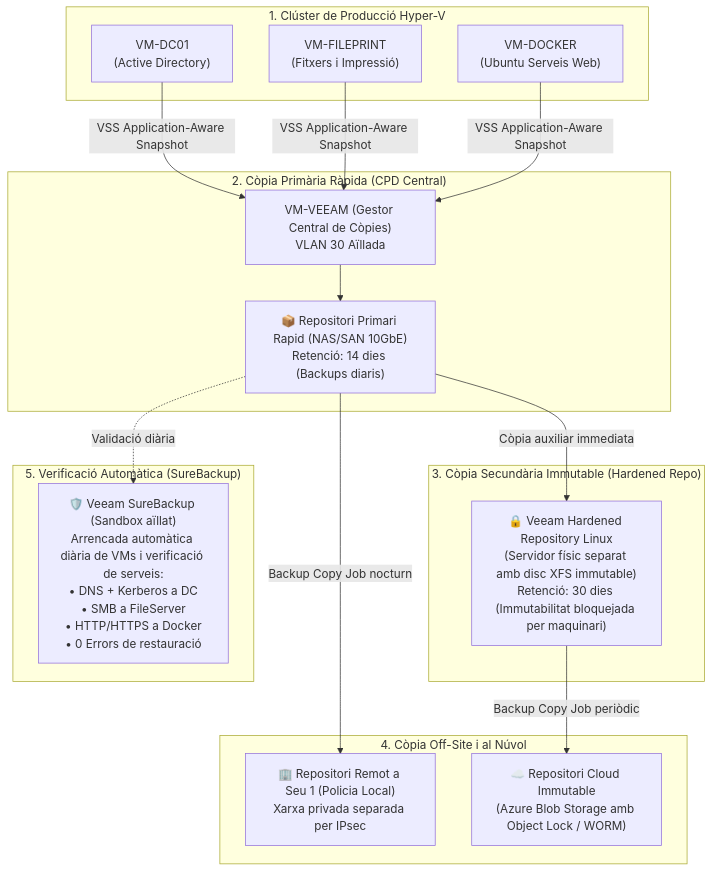
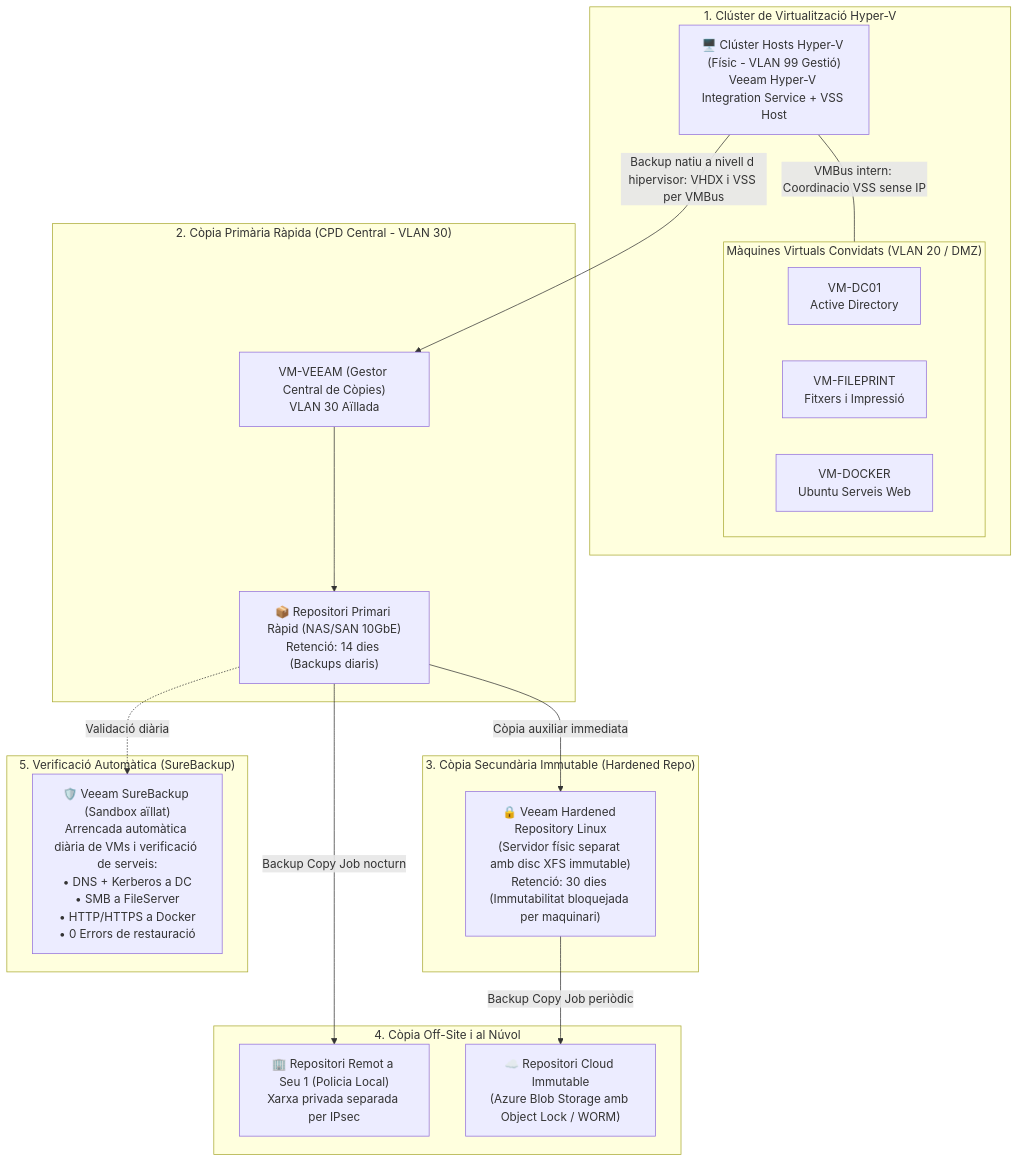
One commit to oriolmapu/opo changed the seventh of 9 diagrams in recursos/casos_practics/04_arquitectura_xarxa_segura_i_copies_seguretat_ens.md. Above: the diagram before and after it, drawn with Mermaid. The commit also changed other lines of this file, not shown here.

Commit message:
docs: alinear Veeam a backup natiu Hyper-V a nivell d'hipervisor i actualitzar diagrama

````diff
--- a/recursos/casos_practics/04_arquitectura_xarxa_segura_i_copies_seguretat_ens.md
+++ b/recursos/casos_practics/04_arquitectura_xarxa_segura_i_copies_seguretat_ens.md
@@ -663,33 +670,37 @@
 ```mermaid
 flowchart TD
-    subgraph PRODUCCIO["1. Clúster de Producció Hyper-V"]
-        VM1["VM-DC01<br/>(Active Directory)"]
-        VM2["VM-FILEPRINT<br/>(Fitxers i Impressió)"]
-        VM3["VM-DOCKER<br/>(Ubuntu Serveis Web)"]
+    subgraph PRODUCCIO["1. Clúster de Virtualització Hyper-V"]
+        HOSTS_HYPERV["🖥️ Clúster Hosts Hyper-V (Físic - VLAN 99 Gestió)<br/>Veeam Hyper-V Integration Service + VSS Host"]
+        subgraph VMS_CONVIDADES["Màquines Virtuals Convidats (VLAN 20 / DMZ)"]
+            VM1["VM-DC01<br/>Active Directory"]
+            VM2["VM-FILEPRINT<br/>Fitxers i Impressió"]
+            VM3["VM-DOCKER<br/>Ubuntu Serveis Web"]
+        end
+        HOSTS_HYPERV ---|VMBus intern: Coordinacio VSS sense IP| VMS_CONVIDADES
     end
 
-    subgraph COPIA_PRIMARIA["2. Còpia Primària Ràpida (CPD Central)"]
+    subgraph COPIA_PRIMARIA["2. Còpia Primària Ràpida (CPD Central - VLAN 30)"]
         VEEAM_SRV["VM-VEEAM (Gestor Central de Còpies)<br/>VLAN 30 Aïllada"]
-        REPO_LOCAL["📦 Repositori Primari Rapid (NAS/SAN 10GbE)<br/>Retenció: 14 dies (Backups diaris)"]
+        REPO_LOCAL["📦 Repositori Primari Ràpid (NAS/SAN 10GbE)<br/>Retenció: 14 dies (Backups diaris)"]
     end
 
     subgraph IMMUTABILITAT_LOCAL["3. Còpia Secundària Immutable (Hardened Repo)"]
         REPO_HARDENED["🔒 Veeam Hardened Repository Linux<br/>(Servidor físic separat amb disc XFS immutable)<br/>Retenció: 30 dies (Immutabilitat bloquejada per maquinari)"]
     end
 
     subgraph REPLICACIO_EXTERNA["4. Còpia Off-Site i al Núvol"]
         REPO_REMOTE["🏢 Repositori Remot a Seu 1 (Policia Local)<br/>Xarxa privada separada per IPsec"]
         REPO_CLOUD["☁️ Repositori Cloud Immutable<br/>(Azure Blob Storage amb Object Lock / WORM)"]
     end
 
     subgraph VERIFICACIO["5. Verificació Automàtica (SureBackup)"]
         SURE_TEST["🛡️ Veeam SureBackup (Sandbox aïllat)<br/>Arrencada automàtica diària de VMs i verificació de serveis:<br/>• DNS + Kerberos a DC<br/>• SMB a FileServer<br/>• HTTP/HTTPS a Docker<br/>• 0 Errors de restauració"]
     end
 
-    VM1 & VM2 & VM3 -->|VSS Application-Aware Snapshot| VEEAM_SRV
+    HOSTS_HYPERV -->|Backup natiu a nivell d hipervisor: VHDX i VSS per VMBus| VEEAM_SRV
     VEEAM_SRV --> REPO_LOCAL
     REPO_LOCAL -->|Còpia auxiliar immediata| REPO_HARDENED
     REPO_LOCAL -->|Backup Copy Job nocturn| REPO_REMOTE
     REPO_HARDENED -->|Backup Copy Job periòdic| REPO_CLOUD
     REPO_LOCAL -.->|Validació diària| SURE_TEST
 ```
````
